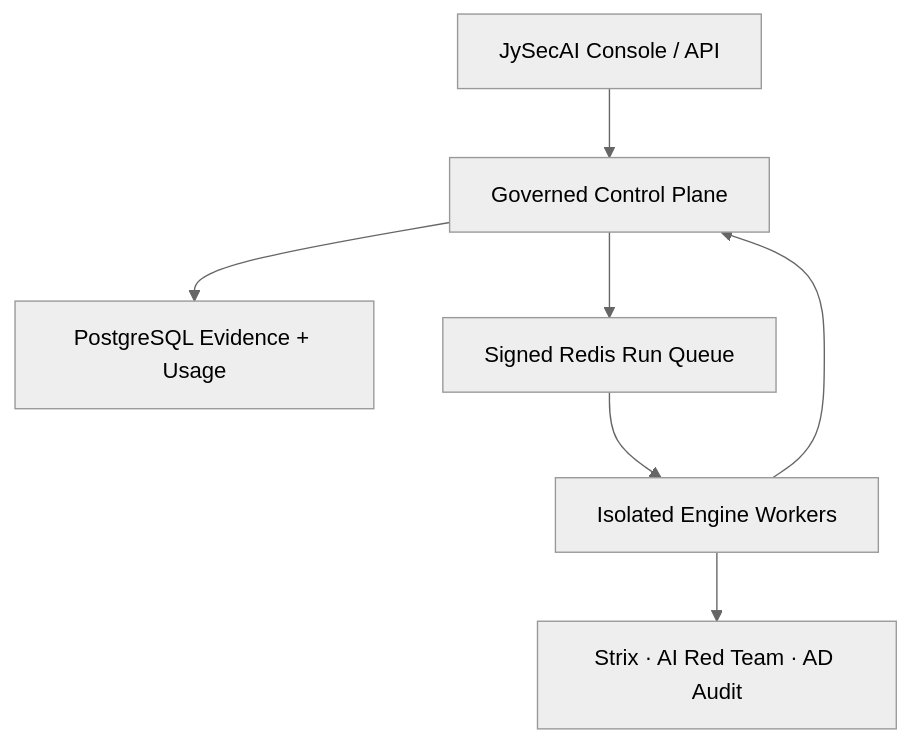
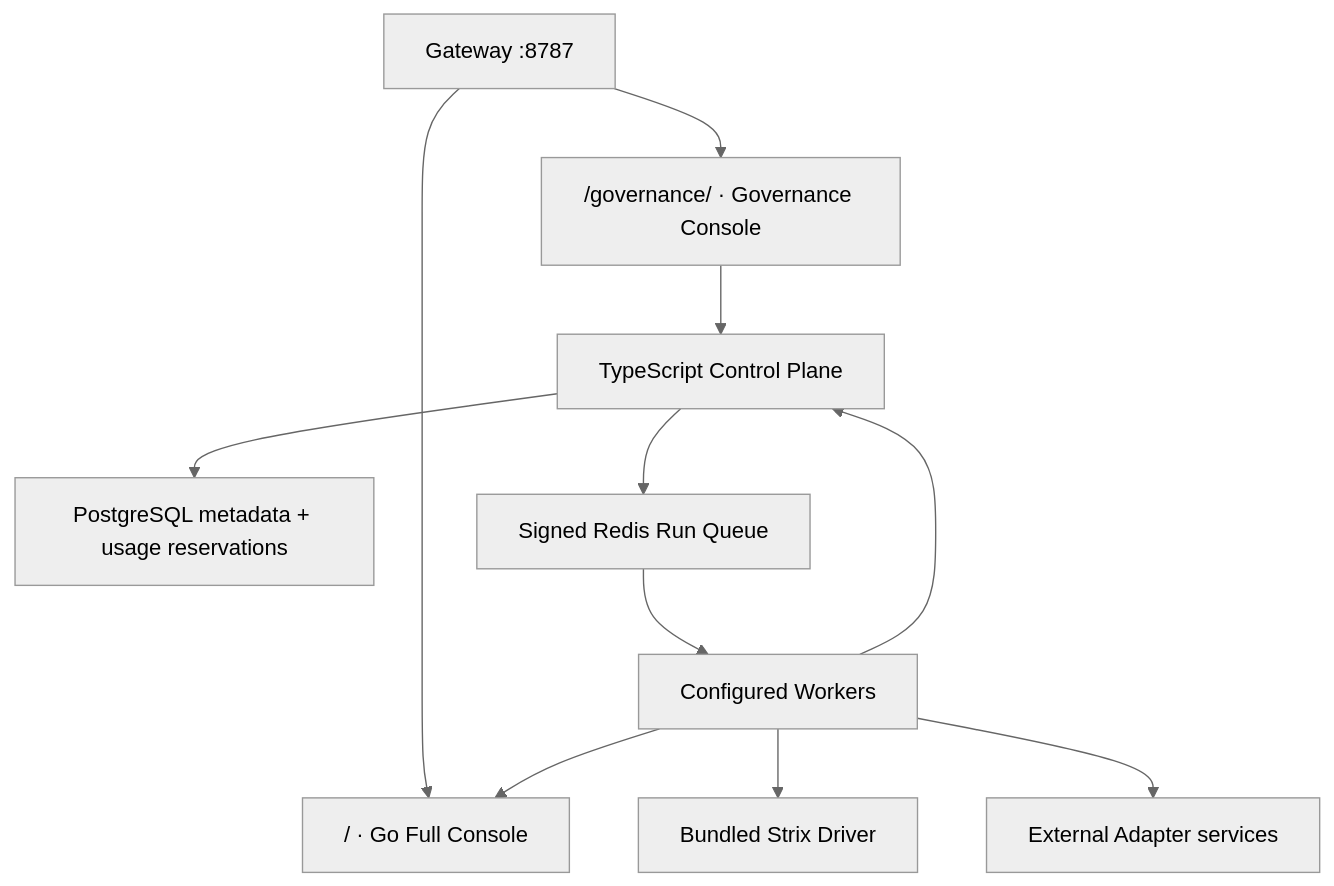
Before and after one commit to TIAN0517/JySecAI: the diagram in README.md, drawn with Mermaid (neutral theme). The commit also changed other lines of this file and 29 other files, not shown here.

Commit message:
feat: unify JySecAI operations and governance

````diff
--- a/README.md
+++ b/README.md
@@ -45,9 +79,13 @@
 ```mermaid
 flowchart TB
-    UI["JySecAI Console / API"] --> CP["Governed Control Plane"]
-    CP --> DB["PostgreSQL Evidence + Usage"]
+    Gateway["Gateway :8787"] --> Full["/ · Go Full Console"]
+    Gateway --> Gov["/governance/ · Governance Console"]
+    Gov --> CP["TypeScript Control Plane"]
+    CP --> DB["PostgreSQL metadata + usage reservations"]
     CP --> Q["Signed Redis Run Queue"]
-    Q --> W["Isolated Engine Workers"]
-    W --> E["Strix · AI Red Team · AD Audit"]
+    Q --> W["Configured Workers"]
+    W --> Strix["Bundled Strix Driver"]
+    W --> Ext["External Adapter services"]
+    W --> Full
     W --> CP
 ```
````
